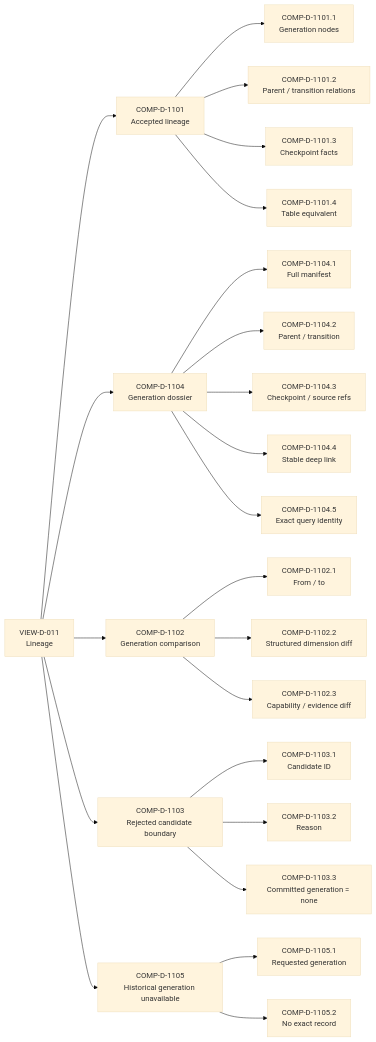
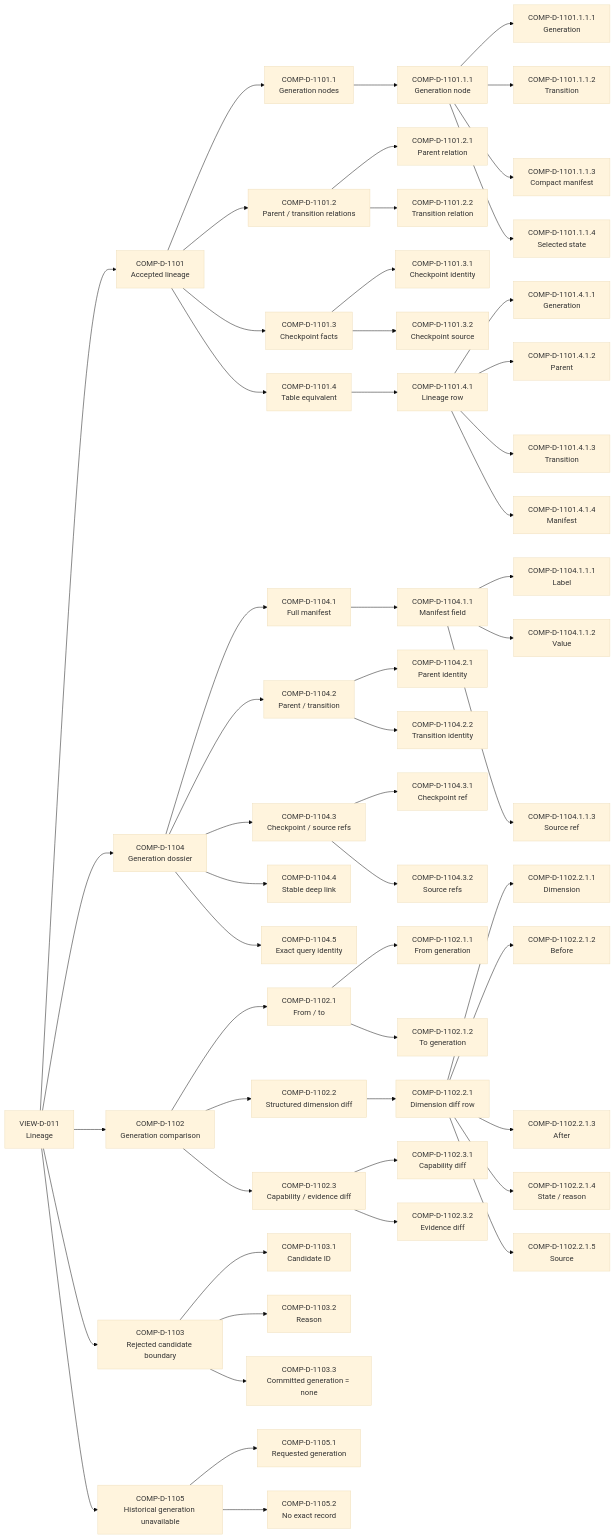
Diagram 12 of 15 in docs/architecture/mission-control-design/INFORMATION_ATLAS.md (Entif-AI/Bilqis), drawn with Mermaid (base theme) before and after one commit. The commit also changed other lines of this file, not shown here.

````diff
--- a/docs/architecture/mission-control-design/INFORMATION_ATLAS.md
+++ b/docs/architecture/mission-control-design/INFORMATION_ATLAS.md
@@ -1324,26 +1544,58 @@
 ```mermaid
 flowchart LR
   VIEWD011["VIEW-D-011<br/>Lineage"]
   VIEWD011 --> COMPD1101["COMP-D-1101<br/>Accepted lineage"]
   COMPD1101 --> COMPD1101C1["COMP-D-1101.1<br/>Generation nodes"]
+  COMPD1101C1 --> NCOMP_D_1101_1_1["COMP-D-1101.1.1<br/>Generation node"]
+  NCOMP_D_1101_1_1 --> NCOMP_D_1101_1_1_1["COMP-D-1101.1.1.1<br/>Generation"]
+  NCOMP_D_1101_1_1 --> NCOMP_D_1101_1_1_2["COMP-D-1101.1.1.2<br/>Transition"]
+  NCOMP_D_1101_1_1 --> NCOMP_D_1101_1_1_3["COMP-D-1101.1.1.3<br/>Compact manifest"]
+  NCOMP_D_1101_1_1 --> NCOMP_D_1101_1_1_4["COMP-D-1101.1.1.4<br/>Selected state"]
   COMPD1101 --> COMPD1101C2["COMP-D-1101.2<br/>Parent / transition relations"]
+  COMPD1101C2 --> NCOMP_D_1101_2_1["COMP-D-1101.2.1<br/>Parent relation"]
+  COMPD1101C2 --> NCOMP_D_1101_2_2["COMP-D-1101.2.2<br/>Transition relation"]
   COMPD1101 --> COMPD1101C3["COMP-D-1101.3<br/>Checkpoint facts"]
+  COMPD1101C3 --> NCOMP_D_1101_3_1["COMP-D-1101.3.1<br/>Checkpoint identity"]
+  COMPD1101C3 --> NCOMP_D_1101_3_2["COMP-D-1101.3.2<br/>Checkpoint source"]
   COMPD1101 --> COMPD1101C4["COMP-D-1101.4<br/>Table equivalent"]
+  COMPD1101C4 --> NCOMP_D_1101_4_1["COMP-D-1101.4.1<br/>Lineage row"]
+  NCOMP_D_1101_4_1 --> NCOMP_D_1101_4_1_1["COMP-D-1101.4.1.1<br/>Generation"]
+  NCOMP_D_1101_4_1 --> NCOMP_D_1101_4_1_2["COMP-D-1101.4.1.2<br/>Parent"]
+  NCOMP_D_1101_4_1 --> NCOMP_D_1101_4_1_3["COMP-D-1101.4.1.3<br/>Transition"]
+  NCOMP_D_1101_4_1 --> NCOMP_D_1101_4_1_4["COMP-D-1101.4.1.4<br/>Manifest"]
   VIEWD011 --> COMPD1104["COMP-D-1104<br/>Generation dossier"]
   COMPD1104 --> COMPD1104C1["COMP-D-1104.1<br/>Full manifest"]
+  COMPD1104C1 --> NCOMP_D_1104_1_1["COMP-D-1104.1.1<br/>Manifest field"]
+  NCOMP_D_1104_1_1 --> NCOMP_D_1104_1_1_1["COMP-D-1104.1.1.1<br/>Label"]
+  NCOMP_D_1104_1_1 --> NCOMP_D_1104_1_1_2["COMP-D-1104.1.1.2<br/>Value"]
+  NCOMP_D_1104_1_1 --> NCOMP_D_1104_1_1_3["COMP-D-1104.1.1.3<br/>Source ref"]
   COMPD1104 --> COMPD1104C2["COMP-D-1104.2<br/>Parent / transition"]
+  COMPD1104C2 --> NCOMP_D_1104_2_1["COMP-D-1104.2.1<br/>Parent identity"]
+  COMPD1104C2 --> NCOMP_D_1104_2_2["COMP-D-1104.2.2<br/>Transition identity"]
   COMPD1104 --> COMPD1104C3["COMP-D-1104.3<br/>Checkpoint / source refs"]
+  COMPD1104C3 --> NCOMP_D_1104_3_1["COMP-D-1104.3.1<br/>Checkpoint ref"]
+  COMPD1104C3 --> NCOMP_D_1104_3_2["COMP-D-1104.3.2<br/>Source refs"]
   COMPD1104 --> COMPD1104C4["COMP-D-1104.4<br/>Stable deep link"]
   COMPD1104 --> COMPD1104C5["COMP-D-1104.5<br/>Exact query identity"]
   VIEWD011 --> COMPD1102["COMP-D-1102<br/>Generation comparison"]
   COMPD1102 --> COMPD1102C1["COMP-D-1102.1<br/>From / to"]
+  COMPD1102C1 --> NCOMP_D_1102_1_1["COMP-D-1102.1.1<br/>From generation"]
+  COMPD1102C1 --> NCOMP_D_1102_1_2["COMP-D-1102.1.2<br/>To generation"]
   COMPD1102 --> COMPD1102C2["COMP-D-1102.2<br/>Structured dimension diff"]
+  COMPD1102C2 --> NCOMP_D_1102_2_1["COMP-D-1102.2.1<br/>Dimension diff row"]
+  NCOMP_D_1102_2_1 --> NCOMP_D_1102_2_1_1["COMP-D-1102.2.1.1<br/>Dimension"]
+  NCOMP_D_1102_2_1 --> NCOMP_D_1102_2_1_2["COMP-D-1102.2.1.2<br/>Before"]
+  NCOMP_D_1102_2_1 --> NCOMP_D_1102_2_1_3["COMP-D-1102.2.1.3<br/>After"]
+  NCOMP_D_1102_2_1 --> NCOMP_D_1102_2_1_4["COMP-D-1102.2.1.4<br/>State / reason"]
+  NCOMP_D_1102_2_1 --> NCOMP_D_1102_2_1_5["COMP-D-1102.2.1.5<br/>Source"]
   COMPD1102 --> COMPD1102C3["COMP-D-1102.3<br/>Capability / evidence diff"]
+  COMPD1102C3 --> NCOMP_D_1102_3_1["COMP-D-1102.3.1<br/>Capability diff"]
+  COMPD1102C3 --> NCOMP_D_1102_3_2["COMP-D-1102.3.2<br/>Evidence diff"]
   VIEWD011 --> COMPD1103["COMP-D-1103<br/>Rejected candidate boundary"]
   COMPD1103 --> COMPD1103C1["COMP-D-1103.1<br/>Candidate ID"]
   COMPD1103 --> COMPD1103C2["COMP-D-1103.2<br/>Reason"]
   COMPD1103 --> COMPD1103C3["COMP-D-1103.3<br/>Committed generation = none"]
   VIEWD011 --> COMPD1105["COMP-D-1105<br/>Historical generation unavailable"]
   COMPD1105 --> COMPD1105C1["COMP-D-1105.1<br/>Requested generation"]
   COMPD1105 --> COMPD1105C2["COMP-D-1105.2<br/>No exact record"]
 ```
````
